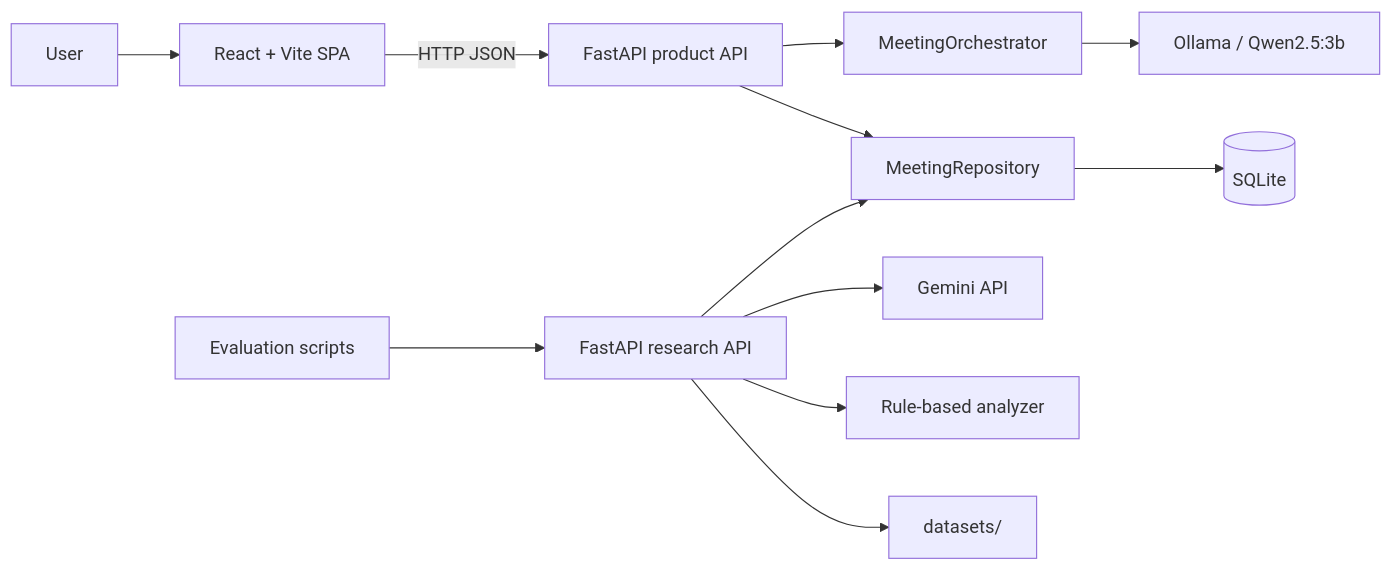
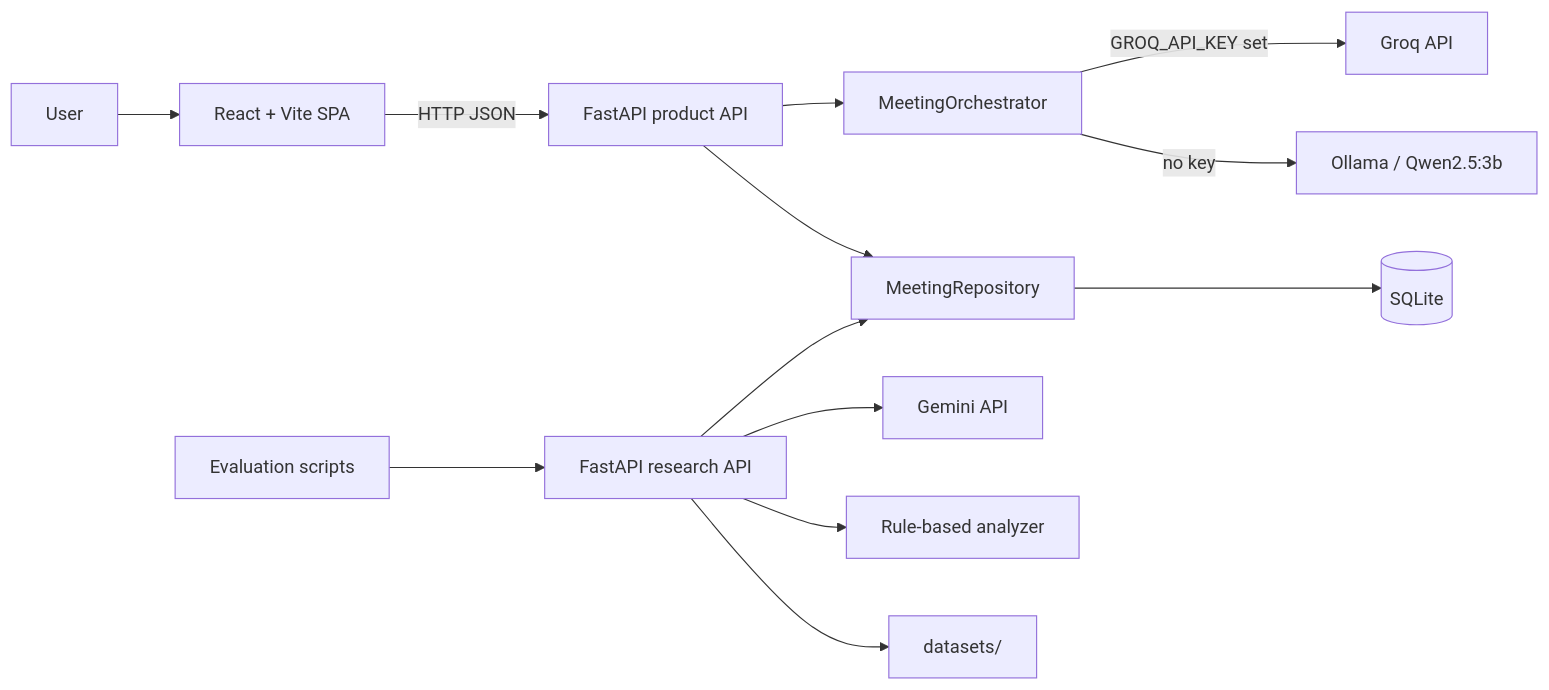
Before and after one commit to rohithmm279/Automatic-Metting-Minutes: the third of 4 diagrams in README.md, drawn with Mermaid. The commit also changed other lines of this file, not shown here.

````diff
--- a/README.md
+++ b/README.md
@@ -111,14 +117,15 @@
 ```mermaid
 flowchart LR
     U[User] --> UI[React + Vite SPA]
     UI -->|HTTP JSON| API[FastAPI product API]
     API --> ORCH[MeetingOrchestrator]
-    ORCH --> OLLAMA[Ollama / Qwen2.5:3b]
+    ORCH -->|GROQ_API_KEY set| GROQ[Groq API]
+    ORCH -->|no key| OLLAMA[Ollama / Qwen2.5:3b]
     API --> REPO[MeetingRepository]
     REPO --> DB[(SQLite)]
     RESEARCH[Evaluation scripts] --> RAPI[FastAPI research API]
     RAPI --> GEMINI[Gemini API]
     RAPI --> FALLBACK[Rule-based analyzer]
     RAPI --> REPO
     RAPI --> DATA[datasets/]
 ```
````
